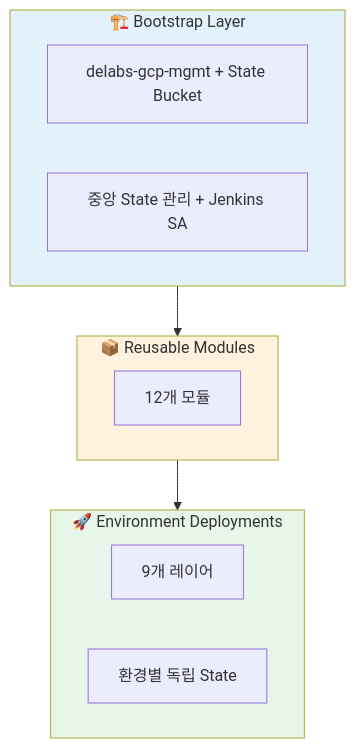
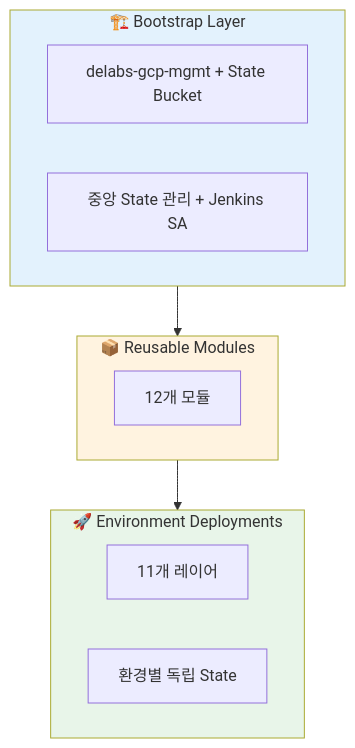
Before and after one commit to JSJ2337/GCP_terraform_code: the first of 4 diagrams in terraform_gcp_infra/docs/architecture/overview.md, drawn with Mermaid. The commit also changed 1 other file, not shown here.

Commit message:
docs: 1차-20차 재검토 완료 - 실제 코드와 문서 완전 일치
## 수정 내용

### diagrams.md
- 레이어/모듈 개수 수정: 8개→11개 레이어, 9개→12개 모듈
- 배포 순서 다이어그램: 실제 terragrunt dependencies와 일치하도록 수정
- 의존성 테이블: 실제 코드 기준으로 전면 재작성
- cloud-dns 모듈 링크 추가 (누락되어 있었음)

### overview.md
- 레이어 개수 수정: 9개→11개

## 검증 완료 항목 (20차)
1. 다이어그램 레이어/모듈 개수
2. State 경로 패턴
3. 배포 순서 및 의존성 (terragrunt.hcl 비교)
4. 모듈 목록 완전성 (12개)
5. naming.md 레이어 매핑
6. cloud-dns.md 패턴
7. bootstrap-setup.md 레이어 (6개)
8. first-deployment.md 순서
9. state-management.md 설정 (ASIA)
10. overview.md 구조
11. terragrunt-usage.md 명령어
12-13. 실제 모듈/레이어 디렉토리 비교
14. 환경변수 검증 (TG_STATE_BUCKET 등)
15. 내부 링크 유효성
16. Mermaid 구문
17. 테이블 데이터 정확성
18. deprecated 패턴 없음 확인
19. 전체 일관성

````diff
--- a/terraform_gcp_infra/docs/architecture/overview.md
+++ b/terraform_gcp_infra/docs/architecture/overview.md
@@ -7,24 +7,24 @@
 ```mermaid
 %%{init: {'theme': 'default'}}%%
 flowchart TB
     subgraph Bootstrap["🏗️ Bootstrap Layer"]
         MGMT[delabs-gcp-mgmt + State Bucket]
         DESC1[중앙 State 관리 + Jenkins SA]
     end
 
     subgraph Modules["📦 Reusable Modules"]
         MOD[12개 모듈]
     end
 
     subgraph Environments["🚀 Environment Deployments"]
-        ENV[9개 레이어]
+        ENV[11개 레이어]
         STATE[환경별 독립 State]
     end
 
     Bootstrap --> Modules
     Modules --> Environments
 
     style Bootstrap fill:#e3f2fd
     style Modules fill:#fff3e0
     style Environments fill:#e8f5e9
 ```
````
